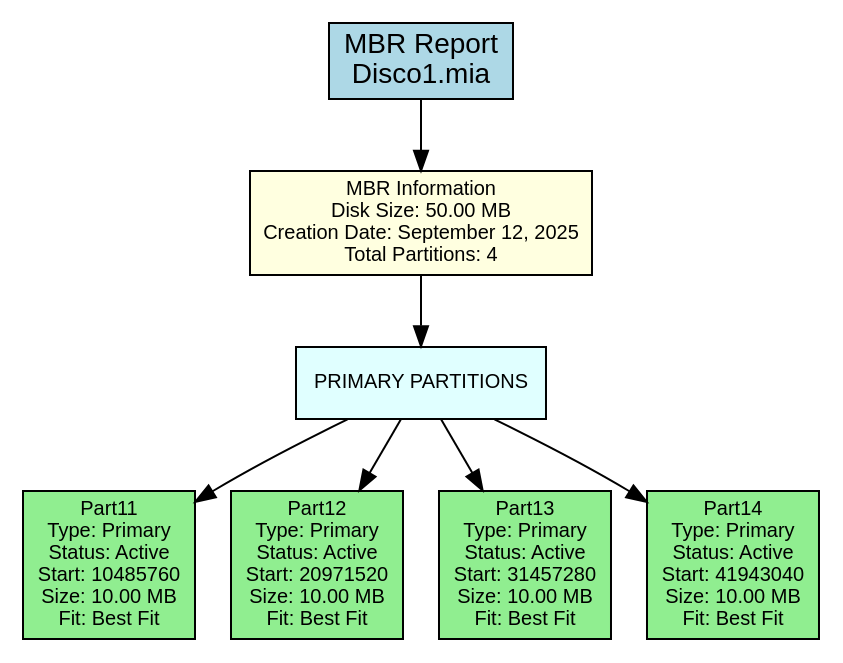
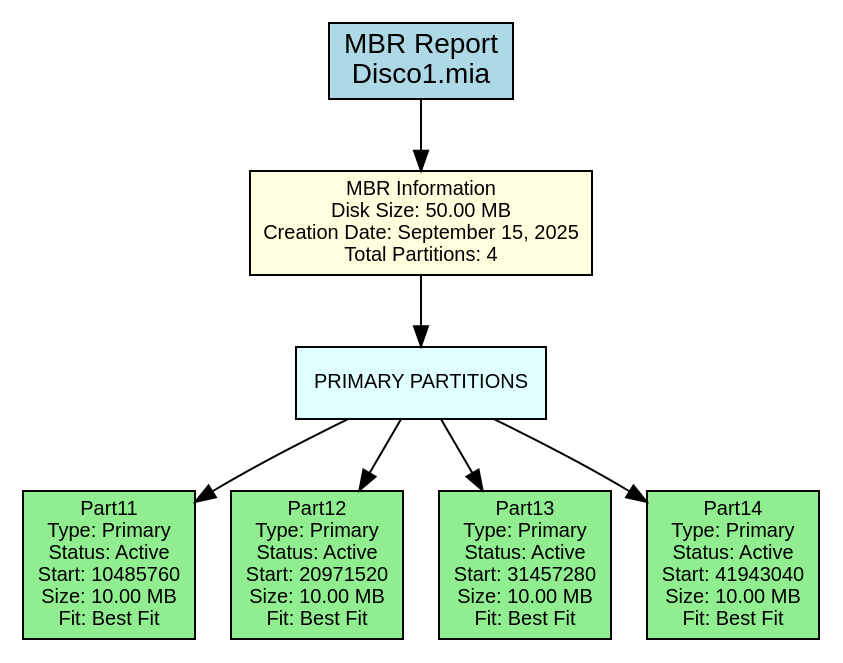
One commit to DiegVas/MIA_2S2025_P1_202300638 changed the diagram in backend/provider/reports/src/mbr_381A.dot. Above: the diagram before and after it, drawn with Graphviz. The commit also changed 34 other files, not shown here.

```diff
--- a/backend/provider/reports/src/mbr_381A.dot
+++ b/backend/provider/reports/src/mbr_381A.dot
@@ -1,24 +1,24 @@
 digraph MBR_Report {
     rankdir=TB;
     node [shape=box, style=filled];
     graph [fontname="Arial", fontsize=12];
     node [fontname="Arial", fontsize=10];
     edge [fontname="Arial"];
 
     title [label="MBR Report\nDisco1.mia", fillcolor=lightblue, fontsize=14];
 
-    mbr_info [label="MBR Information\nDisk Size: 50.00 MB\nCreation Date: September 12, 2025\nTotal Partitions: 4", fillcolor=lightyellow];
+    mbr_info [label="MBR Information\nDisk Size: 50.00 MB\nCreation Date: September 15, 2025\nTotal Partitions: 4", fillcolor=lightyellow];
 
     primary_section [label="PRIMARY PARTITIONS", shape=box, style=filled, fillcolor=lightcyan];
     primary_0 [label="Part11\nType: Primary\nStatus: Active\nStart: 10485760\nSize: 10.00 MB\nFit: Best Fit", fillcolor=lightgreen];
     primary_section -> primary_0;
     primary_1 [label="Part12\nType: Primary\nStatus: Active\nStart: 20971520\nSize: 10.00 MB\nFit: Best Fit", fillcolor=lightgreen];
     primary_section -> primary_1;
     primary_2 [label="Part13\nType: Primary\nStatus: Active\nStart: 31457280\nSize: 10.00 MB\nFit: Best Fit", fillcolor=lightgreen];
     primary_section -> primary_2;
     primary_3 [label="Part14\nType: Primary\nStatus: Active\nStart: 41943040\nSize: 10.00 MB\nFit: Best Fit", fillcolor=lightgreen];
     primary_section -> primary_3;
 
     title -> mbr_info;
     mbr_info -> primary_section;
 }
```
